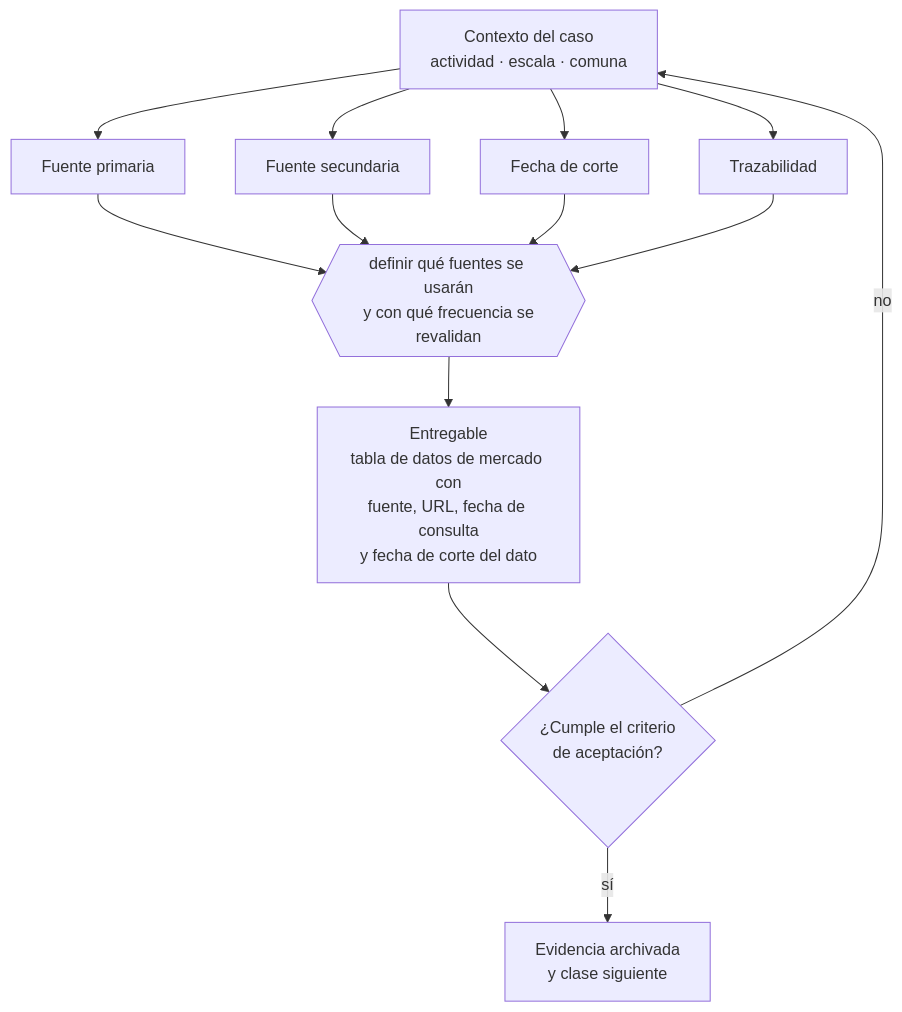
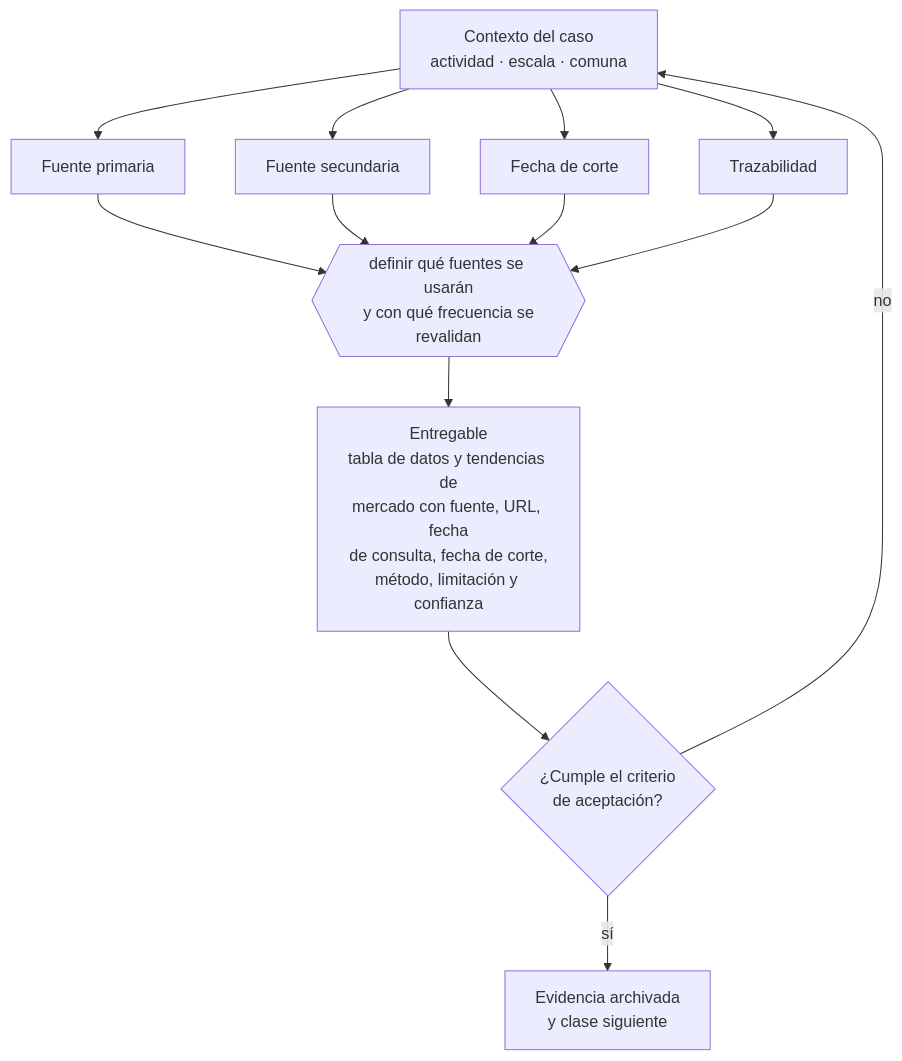
Before and after one commit to vladimiracunadev-create/modern-business-creation-program: the diagram in curriculum/part-02-descubrimiento-validacion-y-mercado/class-02-investigacion-secundaria-con-fuentes-confiables/README.md, drawn with Mermaid. The commit also changed other lines of this file and 48 other files, not shown here.

````diff
--- a/curriculum/part-02-descubrimiento-validacion-y-mercado/class-02-investigacion-secundaria-con-fuentes-confiables/README.md
+++ b/curriculum/part-02-descubrimiento-validacion-y-mercado/class-02-investigacion-secundaria-con-fuentes-confiables/README.md
@@ -34,13 +34,13 @@
 ```mermaid
 flowchart TB
     C["Contexto del caso<br/>actividad · escala · comuna"]
     C --> A1["Fuente primaria"]
     C --> A2["Fuente secundaria"]
     C --> A3["Fecha de corte"]
     C --> A4["Trazabilidad"]
     A1 & A2 & A3 & A4 --> D{{"definir qué fuentes se usarán<br/>y con qué frecuencia se<br/>revalidan"}}
-    D --> E["Entregable<br/>tabla de datos de mercado con<br/>fuente, URL, fecha de consulta<br/>y fecha de corte del dato"]
+    D --> E["Entregable<br/>tabla de datos y tendencias de<br/>mercado con fuente, URL, fecha<br/>de consulta, fecha de corte,<br/>método, limitación y confianza"]
     E --> V{"¿Cumple el criterio<br/>de aceptación?"}
     V -->|sí| S["Evidencia archivada<br/>y clase siguiente"]
     V -->|no| C
 ```
````
